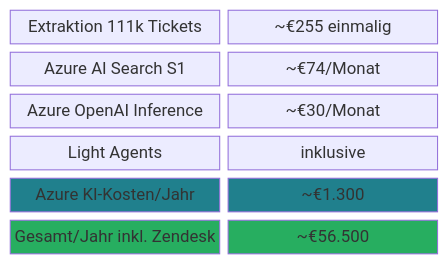
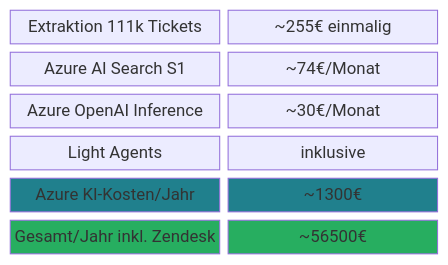
Before and after one commit to tekknix/zendesk-ai: the fourth of 11 diagrams in readme.md, drawn with Mermaid. The commit also changed other lines of this file, not shown here.

````diff
--- a/readme.md
+++ b/readme.md
@@ -69,15 +69,15 @@
 ```mermaid
 block-beta
     columns 2
-    A["Extraktion 111k Tickets"]:1 B["~€255 einmalig"]:1
-    C["Azure AI Search S1"]:1 D["~€74/Monat"]:1
-    E["Azure OpenAI Inference"]:1 F["~€30/Monat"]:1
+    A["Extraktion 111k Tickets"]:1 B["~255€ einmalig"]:1
+    C["Azure AI Search S1"]:1 D["~74€/Monat"]:1
+    E["Azure OpenAI Inference"]:1 F["~30€/Monat"]:1
     G["Light Agents"]:1 H["inklusive"]:1
-    I["Azure KI-Kosten/Jahr"]:1 J["~€1.300"]:1
-    K["Gesamt/Jahr inkl. Zendesk"]:1 L["~€56.500"]:1
+    I["Azure KI-Kosten/Jahr"]:1 J["~1300€"]:1
+    K["Gesamt/Jahr inkl. Zendesk"]:1 L["~56500€"]:1
 
     style I fill:#20808D,color:#fff
     style J fill:#20808D,color:#fff
     style K fill:#27AE60,color:#fff
     style L fill:#27AE60,color:#fff
 ```
````
